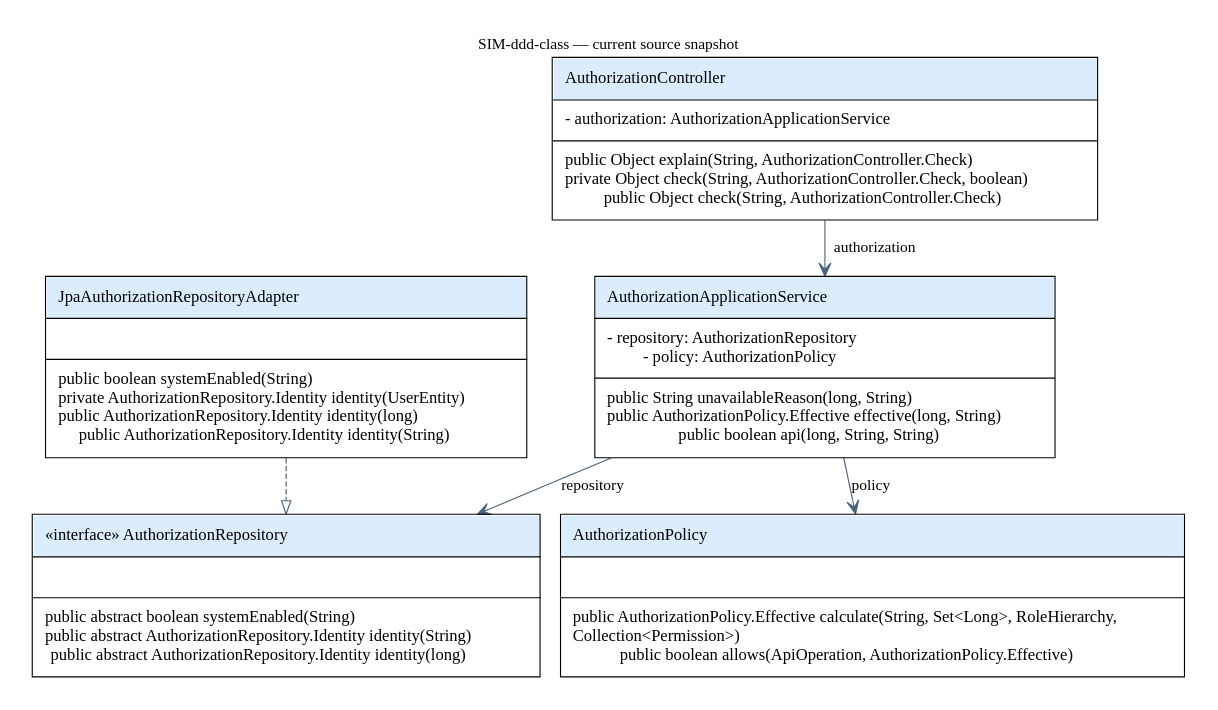
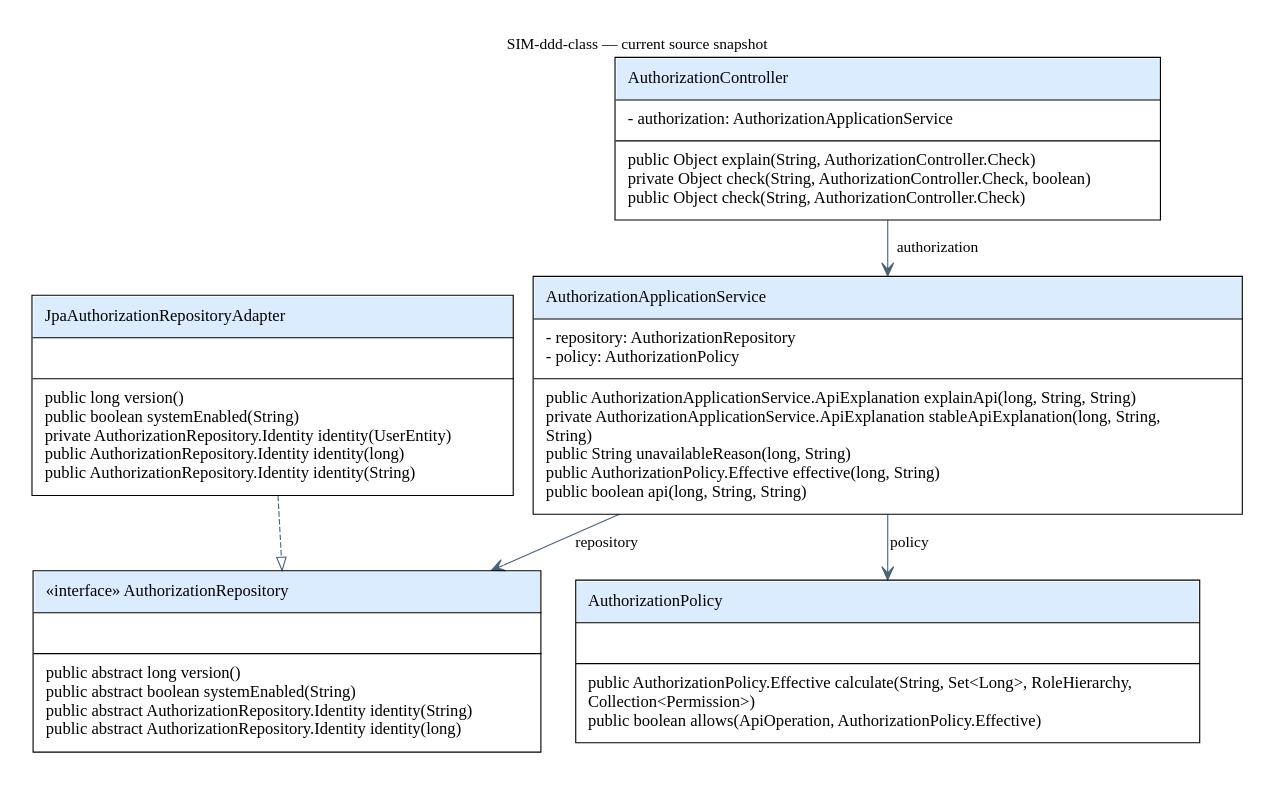
The diagram in docs/design/SIM-ddd-class.dot (tang-new/OOAD), drawn with Graphviz before and after one commit. The commit also changed 18 other files, not shown here.

Commit message:
docs: update DDD authorization and Swarm diagrams

```diff
--- a/docs/design/SIM-ddd-class.dot
+++ b/docs/design/SIM-ddd-class.dot
@@ -1,13 +1,13 @@
 digraph G { graph [overlap=true,splines=line,outputorder=edgesfirst,pad=0.3,bgcolor="white",label="SIM-ddd-class — current source snapshot",labelloc=t]; node [shape=plain,fontname="Microsoft YaHei",fontsize=15]; edge [color="#49627b",arrowsize=1.2,fontname="Microsoft YaHei"];
-"svc" [pos="0,0!",label=<<TABLE BORDER="1" CELLBORDER="0" CELLSPACING="0" CELLPADDING="10"><TR><TD ALIGN="LEFT" BGCOLOR="#dcecff">AuthorizationApplicationService</TD></TR><HR/><TR><TD ALIGN="LEFT" BGCOLOR="#ffffff">- repository: AuthorizationRepository<BR ALIGN="LEFT"/>- policy: AuthorizationPolicy</TD></TR><HR/><TR><TD ALIGN="LEFT" BGCOLOR="#ffffff">public String unavailableReason(long, String)<BR ALIGN="LEFT"/>public AuthorizationPolicy.Effective effective(long, String)<BR ALIGN="LEFT"/>public boolean api(long, String, String)</TD></TR></TABLE>>];
-"repo" [pos="-1000,0!",label=<<TABLE BORDER="1" CELLBORDER="0" CELLSPACING="0" CELLPADDING="10"><TR><TD ALIGN="LEFT" BGCOLOR="#dcecff">«interface» AuthorizationRepository</TD></TR><HR/><TR><TD ALIGN="LEFT" BGCOLOR="#ffffff"> </TD></TR><HR/><TR><TD ALIGN="LEFT" BGCOLOR="#ffffff">public abstract boolean systemEnabled(String)<BR ALIGN="LEFT"/>public abstract AuthorizationRepository.Identity identity(String)<BR ALIGN="LEFT"/>public abstract AuthorizationRepository.Identity identity(long)</TD></TR></TABLE>>];
-"policy" [pos="1000,0!",label=<<TABLE BORDER="1" CELLBORDER="0" CELLSPACING="0" CELLPADDING="10"><TR><TD ALIGN="LEFT" BGCOLOR="#dcecff">AuthorizationPolicy</TD></TR><HR/><TR><TD ALIGN="LEFT" BGCOLOR="#ffffff"> </TD></TR><HR/><TR><TD ALIGN="LEFT" BGCOLOR="#ffffff">public AuthorizationPolicy.Effective calculate(String, Set&lt;Long&gt;, RoleHierarchy,<BR ALIGN="LEFT"/>Collection&lt;Permission&gt;)<BR ALIGN="LEFT"/>public boolean allows(ApiOperation, AuthorizationPolicy.Effective)</TD></TR></TABLE>>];
-"ctl" [pos="0,360!",label=<<TABLE BORDER="1" CELLBORDER="0" CELLSPACING="0" CELLPADDING="10"><TR><TD ALIGN="LEFT" BGCOLOR="#dcecff">AuthorizationController</TD></TR><HR/><TR><TD ALIGN="LEFT" BGCOLOR="#ffffff">- authorization: AuthorizationApplicationService</TD></TR><HR/><TR><TD ALIGN="LEFT" BGCOLOR="#ffffff">public Object explain(String, AuthorizationController.Check)<BR ALIGN="LEFT"/>private Object check(String, AuthorizationController.Check, boolean)<BR ALIGN="LEFT"/>public Object check(String, AuthorizationController.Check)</TD></TR></TABLE>>];
-"adapter" [pos="-1000,-360!",label=<<TABLE BORDER="1" CELLBORDER="0" CELLSPACING="0" CELLPADDING="10"><TR><TD ALIGN="LEFT" BGCOLOR="#dcecff">JpaAuthorizationRepositoryAdapter</TD></TR><HR/><TR><TD ALIGN="LEFT" BGCOLOR="#ffffff"> </TD></TR><HR/><TR><TD ALIGN="LEFT" BGCOLOR="#ffffff">public boolean systemEnabled(String)<BR ALIGN="LEFT"/>private AuthorizationRepository.Identity identity(UserEntity)<BR ALIGN="LEFT"/>public AuthorizationRepository.Identity identity(long)<BR ALIGN="LEFT"/>public AuthorizationRepository.Identity identity(String)</TD></TR></TABLE>>];
+"svc" [pos="0,0!",label=<<TABLE BORDER="1" CELLBORDER="0" CELLSPACING="0" CELLPADDING="10"><TR><TD ALIGN="LEFT" BGCOLOR="#dcecff">AuthorizationApplicationService</TD></TR><HR/><TR><TD ALIGN="LEFT" BALIGN="LEFT" BGCOLOR="#ffffff">- repository: AuthorizationRepository<BR ALIGN="LEFT"/>- policy: AuthorizationPolicy</TD></TR><HR/><TR><TD ALIGN="LEFT" BALIGN="LEFT" BGCOLOR="#ffffff">public AuthorizationApplicationService.ApiExplanation explainApi(long, String, String)<BR ALIGN="LEFT"/>private AuthorizationApplicationService.ApiExplanation stableApiExplanation(long, String,<BR ALIGN="LEFT"/>String)<BR ALIGN="LEFT"/>public String unavailableReason(long, String)<BR ALIGN="LEFT"/>public AuthorizationPolicy.Effective effective(long, String)<BR ALIGN="LEFT"/>public boolean api(long, String, String)</TD></TR></TABLE>>];
+"repo" [pos="-1000,0!",label=<<TABLE BORDER="1" CELLBORDER="0" CELLSPACING="0" CELLPADDING="10"><TR><TD ALIGN="LEFT" BGCOLOR="#dcecff">«interface» AuthorizationRepository</TD></TR><HR/><TR><TD ALIGN="LEFT" BALIGN="LEFT" BGCOLOR="#ffffff"> </TD></TR><HR/><TR><TD ALIGN="LEFT" BALIGN="LEFT" BGCOLOR="#ffffff">public abstract long version()<BR ALIGN="LEFT"/>public abstract boolean systemEnabled(String)<BR ALIGN="LEFT"/>public abstract AuthorizationRepository.Identity identity(String)<BR ALIGN="LEFT"/>public abstract AuthorizationRepository.Identity identity(long)</TD></TR></TABLE>>];
+"policy" [pos="1000,0!",label=<<TABLE BORDER="1" CELLBORDER="0" CELLSPACING="0" CELLPADDING="10"><TR><TD ALIGN="LEFT" BGCOLOR="#dcecff">AuthorizationPolicy</TD></TR><HR/><TR><TD ALIGN="LEFT" BALIGN="LEFT" BGCOLOR="#ffffff"> </TD></TR><HR/><TR><TD ALIGN="LEFT" BALIGN="LEFT" BGCOLOR="#ffffff">public AuthorizationPolicy.Effective calculate(String, Set&lt;Long&gt;, RoleHierarchy,<BR ALIGN="LEFT"/>Collection&lt;Permission&gt;)<BR ALIGN="LEFT"/>public boolean allows(ApiOperation, AuthorizationPolicy.Effective)</TD></TR></TABLE>>];
+"ctl" [pos="0,360!",label=<<TABLE BORDER="1" CELLBORDER="0" CELLSPACING="0" CELLPADDING="10"><TR><TD ALIGN="LEFT" BGCOLOR="#dcecff">AuthorizationController</TD></TR><HR/><TR><TD ALIGN="LEFT" BALIGN="LEFT" BGCOLOR="#ffffff">- authorization: AuthorizationApplicationService</TD></TR><HR/><TR><TD ALIGN="LEFT" BALIGN="LEFT" BGCOLOR="#ffffff">public Object explain(String, AuthorizationController.Check)<BR ALIGN="LEFT"/>private Object check(String, AuthorizationController.Check, boolean)<BR ALIGN="LEFT"/>public Object check(String, AuthorizationController.Check)</TD></TR></TABLE>>];
+"adapter" [pos="-1000,-360!",label=<<TABLE BORDER="1" CELLBORDER="0" CELLSPACING="0" CELLPADDING="10"><TR><TD ALIGN="LEFT" BGCOLOR="#dcecff">JpaAuthorizationRepositoryAdapter</TD></TR><HR/><TR><TD ALIGN="LEFT" BALIGN="LEFT" BGCOLOR="#ffffff"> </TD></TR><HR/><TR><TD ALIGN="LEFT" BALIGN="LEFT" BGCOLOR="#ffffff">public long version()<BR ALIGN="LEFT"/>public boolean systemEnabled(String)<BR ALIGN="LEFT"/>private AuthorizationRepository.Identity identity(UserEntity)<BR ALIGN="LEFT"/>public AuthorizationRepository.Identity identity(long)<BR ALIGN="LEFT"/>public AuthorizationRepository.Identity identity(String)</TD></TR></TABLE>>];
 "ctl" -> "svc" [style=solid,arrowhead=vee,label="authorization",fontsize=14];
 "svc" -> "repo" [style=solid,arrowhead=vee,label="repository",fontsize=14];
 "svc" -> "policy" [style=solid,arrowhead=vee,label="policy",fontsize=14];
 "adapter" -> "repo" [style=dashed,arrowhead=empty];
 "_top" [pos="0,480!",shape=point,width=0,height=0,style=invis,label=""];
 "_bottom" [pos="0,-480!",shape=point,width=0,height=0,style=invis,label=""];
 }
```
